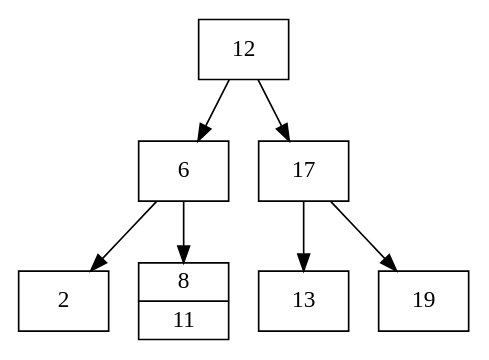
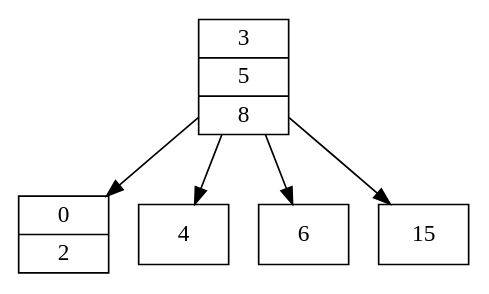
The diagram in tree.dot (mikafouenski/TwoThreeFourTrees), drawn with Graphviz before and after one commit. The commit also changed 3 other files, not shown here.

```diff
--- a/tree.dot
+++ b/tree.dot
@@ -1,16 +1,12 @@
 digraph {
     node [shape = record];
-    1442407170 [label="{12}"]
-    1028566121 [label="{6}"]
-    1118140819 [label="{2}"]
-    1975012498 [label="{8|11}"]
-    1808253012 [label="{17}"]
-    589431969 [label="{13}"]
-    1252169911 [label="{19}"]
+    1442407170 [label="{3|5|8}"]
+    1028566121 [label="{0|2}"]
+    1118140819 [label="{4}"]
+    1975012498 [label="{6}"]
+    1808253012 [label="{15}"]
     1442407170 -> 1028566121;
-    1028566121 -> 1118140819;
-    1028566121 -> 1975012498;
+    1442407170 -> 1118140819;
+    1442407170 -> 1975012498;
     1442407170 -> 1808253012;
-    1808253012 -> 589431969;
-    1808253012 -> 1252169911;
 }
```
